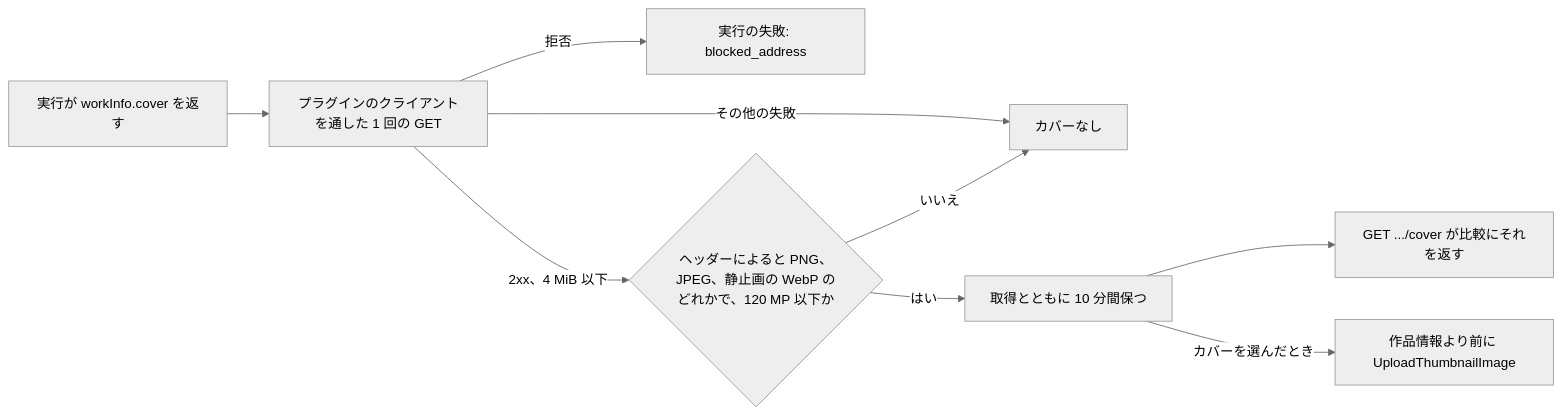
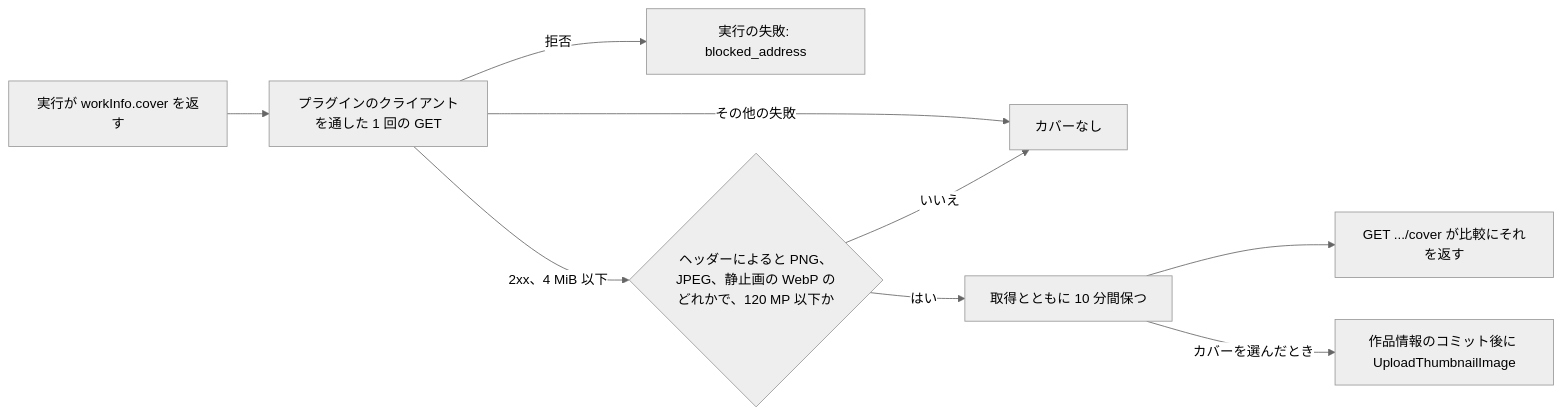
Before and after one commit to syudead/vv: the third of 4 diagrams in translations/ja/docs/design-docs/work-info-plugins.md, drawn with Mermaid (neutral theme). The commit also changed other lines of this file and 8 other files, not shown here.

````diff
--- a/translations/ja/docs/design-docs/work-info-plugins.md
+++ b/translations/ja/docs/design-docs/work-info-plugins.md
@@ -125,11 +125,11 @@
 ```mermaid
 flowchart LR
   run[実行が workInfo.cover を返す] --> get[プラグインのクライアントを通した 1 回の GET]
   get -->|拒否| blocked[実行の失敗: blocked_address]
   get -->|その他の失敗| none[カバーなし]
   get -->|2xx、4 MiB 以下| check{ヘッダーによると PNG、JPEG、静止画の WebP のどれかで、120 MP 以下か}
   check -->|いいえ| none
   check -->|はい| keep[取得とともに 10 分間保つ]
   keep --> serve[GET .../cover が比較にそれを返す]
-  keep -->|カバーを選んだとき| apply[作品情報より前に UploadThumbnailImage]
+  keep -->|カバーを選んだとき| apply[作品情報のコミット後に UploadThumbnailImage]
 ```
````
